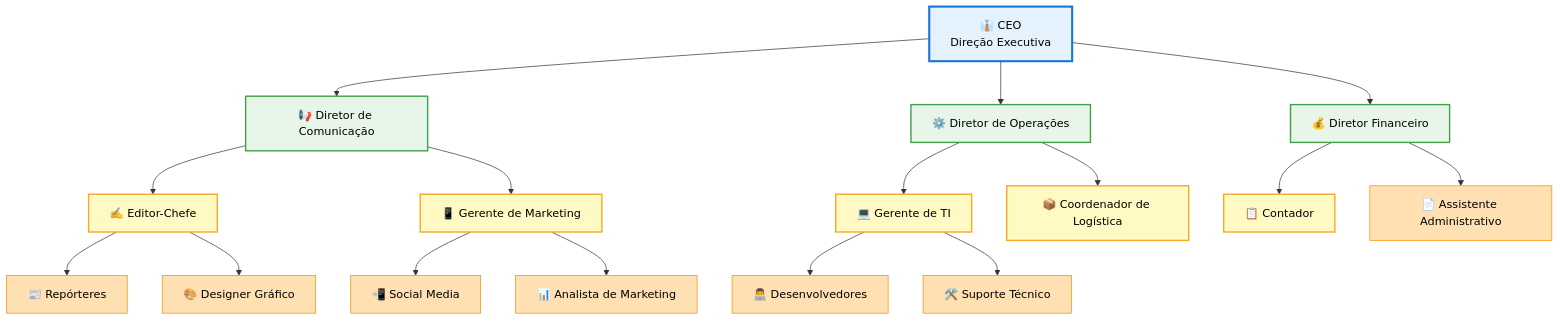
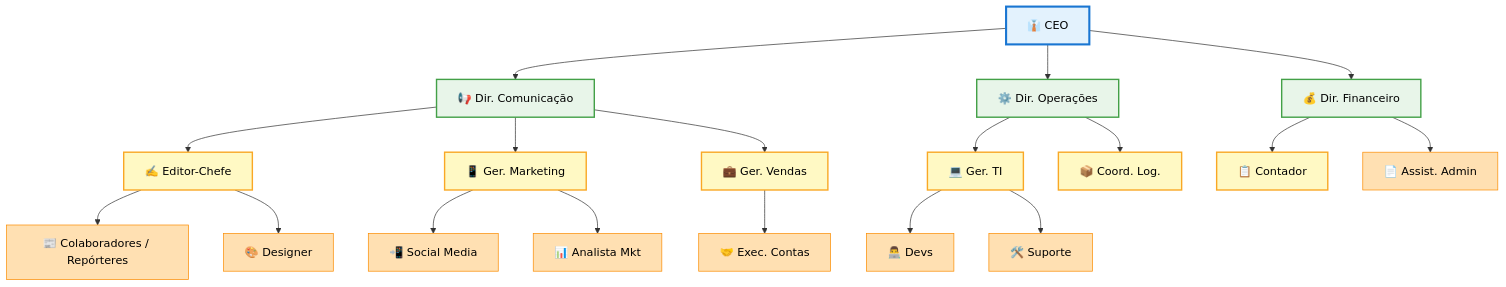
One commit to skatesham/handbook-revista-textil changed the diagram in docs/estrutura.md. Above: the diagram before and after it, drawn with Mermaid. The commit also changed other lines of this file, not shown here.

````diff
--- a/docs/estrutura.md
+++ b/docs/estrutura.md
@@ -5,50 +28,55 @@
 ```mermaid
-graph TB
-    CEO[👔 CEO<br/>Direção Executiva]
+graph TD
+    CEO[👔 CEO]
     
-    CEO --> COM[📢 Diretor de Comunicação]
-    CEO --> OPS[⚙️ Diretor de Operações]
-    CEO --> FIN[💰 Diretor Financeiro]
+    CEO --> COM[📢 Dir. Comunicação]
+    CEO --> OPS[⚙️ Dir. Operações]
+    CEO --> FIN[💰 Dir. Financeiro]
     
     COM --> EDI[✍️ Editor-Chefe]
-    COM --> MKT[📱 Gerente de Marketing]
+    COM --> MKT[📱 Ger. Marketing]
+    COM --> VEN[💼 Ger. Vendas]
     
-    EDI --> REP1[📰 Repórteres]
-    EDI --> DES[🎨 Designer Gráfico]
+    EDI --> REP1[📰 Colaboradores / Repórteres]
+    EDI --> DES[🎨 Designer]
     
     MKT --> SOC[📲 Social Media]
-    MKT --> ADS[📊 Analista de Marketing]
+    MKT --> ADS[📊 Analista Mkt]
     
-    OPS --> TEC[💻 Gerente de TI]
-    OPS --> LOG[📦 Coordenador de Logística]
+    VEN --> EXE[🤝 Exec. Contas]
     
-    TEC --> DEV[👨‍💻 Desenvolvedores]
-    TEC --> SUP[🛠️ Suporte Técnico]
+    OPS --> TEC[💻 Ger. TI]
+    OPS --> LOG[📦 Coord. Log.]
+    
+    TEC --> DEV[👨‍💻 Devs]
+    TEC --> SUP[🛠️ Suporte]
     
     FIN --> CONT[📋 Contador]
-    FIN --> ADM[📄 Assistente Administrativo]
+    FIN --> ADM[📄 Assist. Admin]
     
-    %% Nível Estratégico - Azul claro
+    %% Nível Estratégico - Azul
     style CEO fill:#e3f2fd,stroke:#1976d2,stroke-width:3px,color:#000
     
-    %% Nível Tático - Verde claro
+    %% Nível Tático - Verde
     style COM fill:#e8f5e9,stroke:#43a047,stroke-width:2px,color:#000
     style OPS fill:#e8f5e9,stroke:#43a047,stroke-width:2px,color:#000
     style FIN fill:#e8f5e9,stroke:#43a047,stroke-width:2px,color:#000
     
-    %% Nível Gerencial - Amarelo claro
+    %% Nível Gerencial - Amarelo
     style EDI fill:#fff9c4,stroke:#f9a825,stroke-width:2px,color:#000
     style MKT fill:#fff9c4,stroke:#f9a825,stroke-width:2px,color:#000
+    style VEN fill:#fff9c4,stroke:#f9a825,stroke-width:2px,color:#000
     style TEC fill:#fff9c4,stroke:#f9a825,stroke-width:2px,color:#000
     style LOG fill:#fff9c4,stroke:#f9a825,stroke-width:2px,color:#000
     style CONT fill:#fff9c4,stroke:#f9a825,stroke-width:2px,color:#000
     
-    %% Nível Operacional - Laranja claro
+    %% Nível Operacional - Laranja
     style REP1 fill:#ffe0b2,stroke:#fb8c00,stroke-width:1px,color:#000
     style DES fill:#ffe0b2,stroke:#fb8c00,stroke-width:1px,color:#000
     style SOC fill:#ffe0b2,stroke:#fb8c00,stroke-width:1px,color:#000
     style ADS fill:#ffe0b2,stroke:#fb8c00,stroke-width:1px,color:#000
+    style EXE fill:#ffe0b2,stroke:#fb8c00,stroke-width:1px,color:#000
     style DEV fill:#ffe0b2,stroke:#fb8c00,stroke-width:1px,color:#000
     style SUP fill:#ffe0b2,stroke:#fb8c00,stroke-width:1px,color:#000
     style ADM fill:#ffe0b2,stroke:#fb8c00,stroke-width:1px,color:#000
 ```
````
